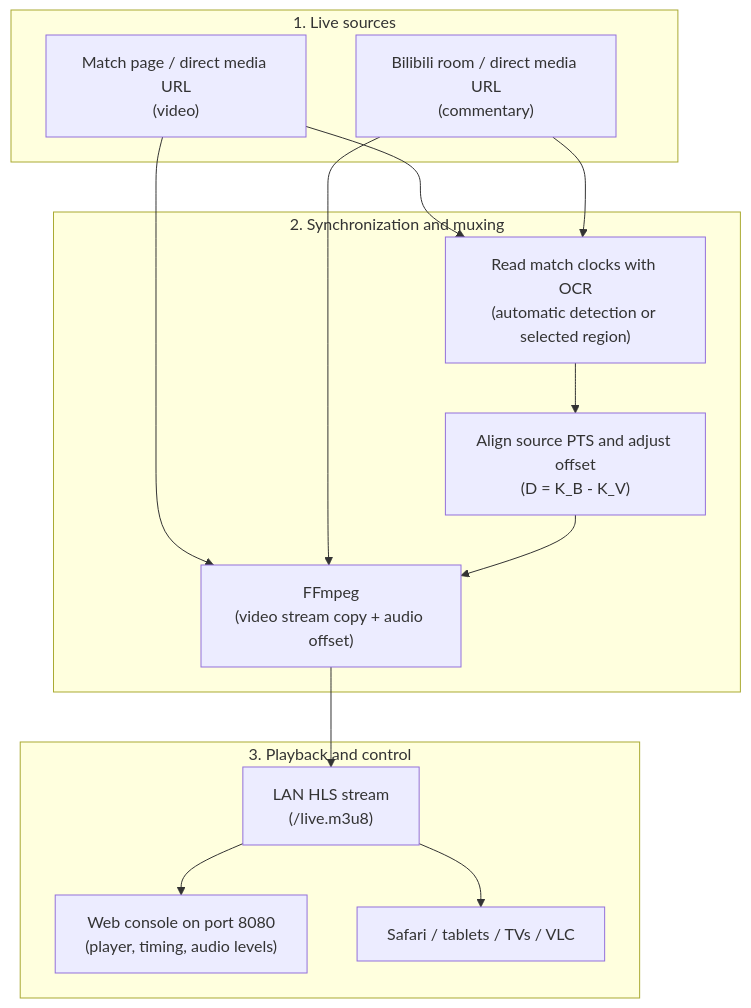
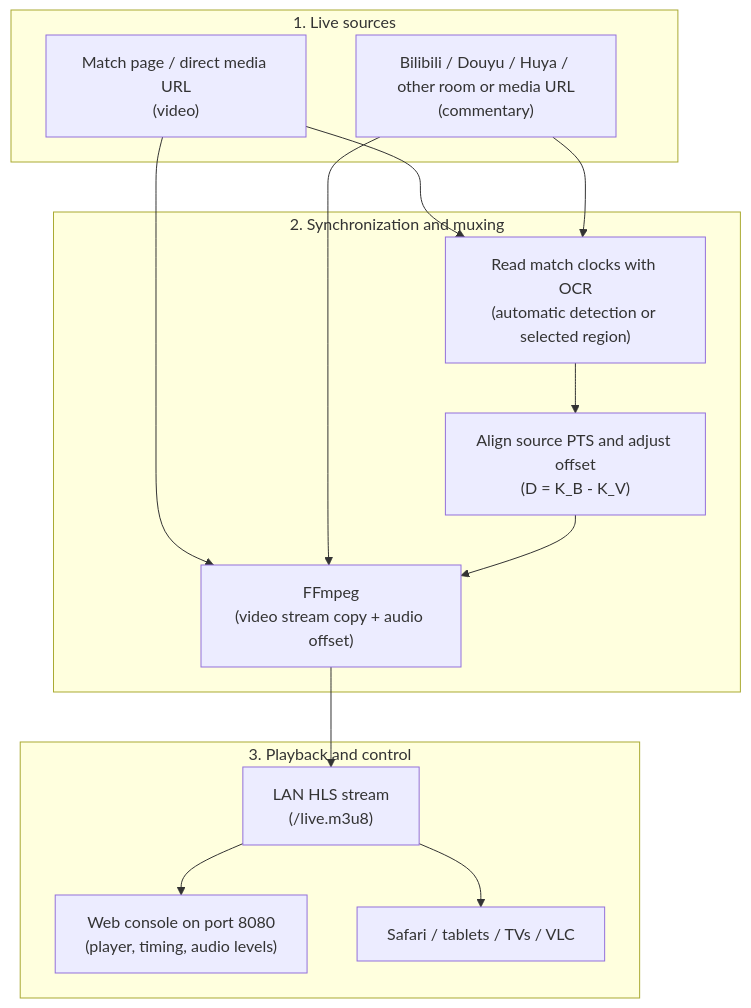
One commit to M1zore1337/footboy changed the diagram in README.en.md. Above: the diagram before and after it, drawn with Mermaid. The commit also changed other lines of this file and 35 other files, not shown here.

````diff
--- a/README.en.md
+++ b/README.en.md
@@ -38,26 +39,26 @@
 ```mermaid
 flowchart TD
     subgraph Input ["1. Live sources"]
         V["Match page / direct media URL<br/>(video)"]
-        B["Bilibili room / direct media URL<br/>(commentary)"]
+        B["Bilibili / Douyu / Huya / other room or media URL<br/>(commentary)"]
     end
     subgraph Core ["2. Synchronization and muxing"]
         OCR["Read match clocks with OCR<br/>(automatic detection or selected region)"]
         Sync["Align source PTS and adjust offset<br/>(D = K_B - K_V)"]
         FFmpeg["FFmpeg<br/>(video stream copy + audio offset)"]
     end
     subgraph Output ["3. Playback and control"]
         WebUI["Web console on port 8080<br/>(player, timing, audio levels)"]
         HLS["LAN HLS stream<br/>(/live.m3u8)"]
         Client["Safari / tablets / TVs / VLC"]
     end
     V --> OCR
     B --> OCR
     OCR --> Sync
     V --> FFmpeg
     B --> FFmpeg
     Sync --> FFmpeg
     FFmpeg --> HLS
     HLS --> WebUI
     HLS --> Client
 ```
````
